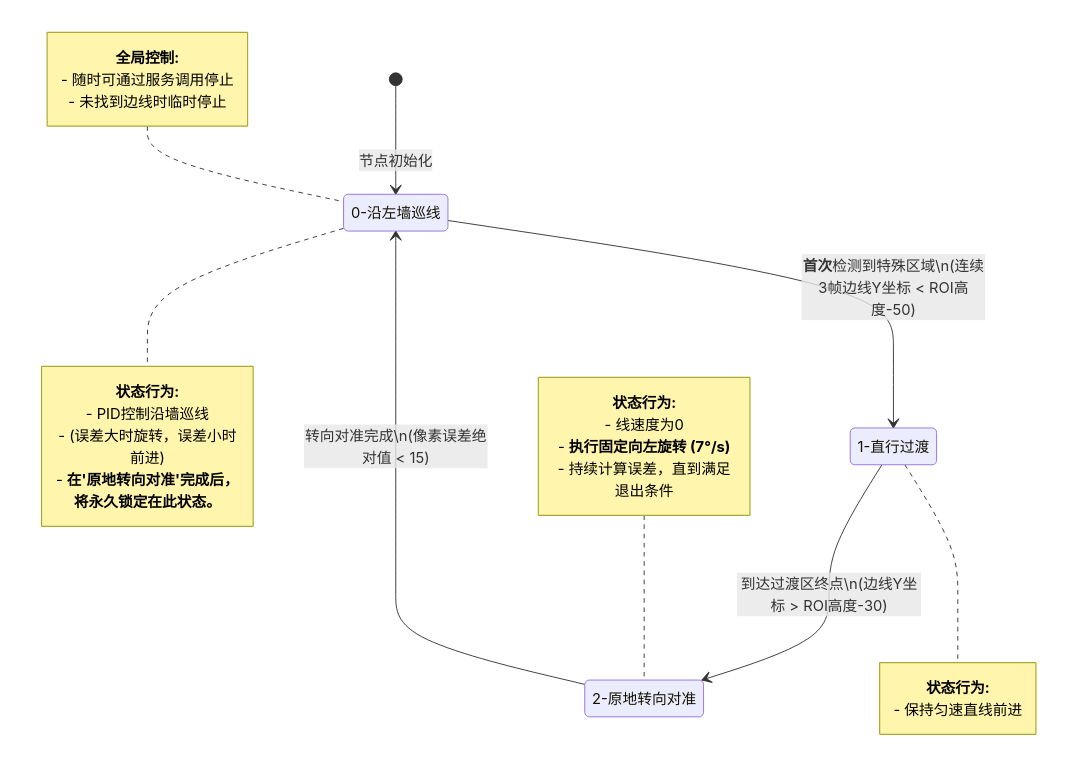
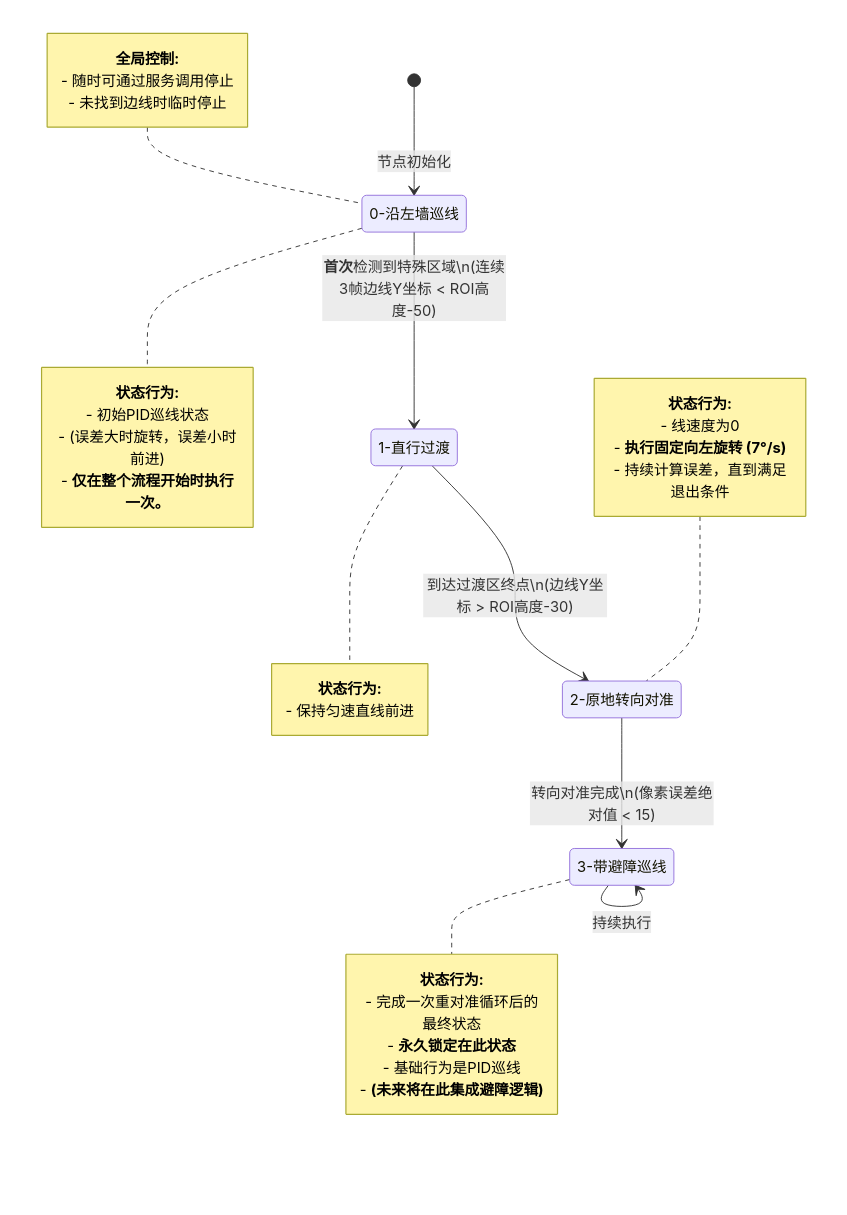
The diagram in my_try/八邻域+FTW/mermaid/FTW_left.md (Abaabaxx/UCAR-FOLLOW-LINE), drawn with Mermaid before and after one commit. The commit also changed 1 other file, not shown here.

Commit message:
避障：更新原先纯巡线的状态机，带上了避障的状态

````diff
--- a/my_try/八邻域+FTW/mermaid/FTW_left.md
+++ b/my_try/八邻域+FTW/mermaid/FTW_left.md
@@ -1,44 +1,55 @@
 ```mermaid
 stateDiagram-v2
     %% 状态定义
     FOLLOW_LEFT: 0-沿左墙巡线
     STRAIGHT_TRANSITION: 1-直行过渡
     ROTATE_ALIGNMENT: 2-原地转向对准
-    
+    FOLLOW_LEFT_WITH_AVOIDANCE: 3-带避障巡线
+
     %% 定义初始状态
     [*] --> FOLLOW_LEFT: 节点初始化
 
     %% 状态转换
     FOLLOW_LEFT --> STRAIGHT_TRANSITION: <b>首次</b>检测到特殊区域\n(连续3帧边线Y坐标 < ROI高度-50)
     STRAIGHT_TRANSITION --> ROTATE_ALIGNMENT: 到达过渡区终点\n(边线Y坐标 > ROI高度-30)
-    ROTATE_ALIGNMENT --> FOLLOW_LEFT: 转向对准完成\n(像素误差绝对值 < 15)
-    
+    ROTATE_ALIGNMENT --> FOLLOW_LEFT_WITH_AVOIDANCE: 转向对准完成\n(像素误差绝对值 < 15)
+    FOLLOW_LEFT_WITH_AVOIDANCE --> FOLLOW_LEFT_WITH_AVOIDANCE: 持续执行
+
     %% 沿墙巡线状态说明
     note right of FOLLOW_LEFT
         <b>状态行为:</b>
-        - PID控制沿墙巡线
+        - 初始PID巡线状态
         - (误差大时旋转，误差小时前进)
-        - <b>在'原地转向对准'完成后，<br/>将永久锁定在此状态。</b>
+        - <b>仅在整个流程开始时执行一次。</b>
     end note
-    
+
     %% 直行过渡状态说明
     note right of STRAIGHT_TRANSITION
         <b>状态行为:</b>
         - 保持匀速直线前进
     end note
 
     %% 原地转向对准状态说明
     note left of ROTATE_ALIGNMENT
         <b>状态行为:</b>
         - 线速度为0
         - <b>执行固定向左旋转 (7°/s)</b>
         - 持续计算误差，直到满足退出条件
     end note
 
+    %% 带避障巡线状态说明
+    note right of FOLLOW_LEFT_WITH_AVOIDANCE
+        <b>状态行为:</b>
+        - 完成一次重对准循环后的最终状态
+        - <b>永久锁定在此状态</b>
+        - 基础行为是PID巡线
+        - <b>(未来将在此集成避障逻辑)</b>
+    end note
+
     %% 全局控制说明
     note left of FOLLOW_LEFT
         <b>全局控制:</b>
         - 随时可通过服务调用停止
         - 未找到边线时临时停止
     end note
 ```
````
